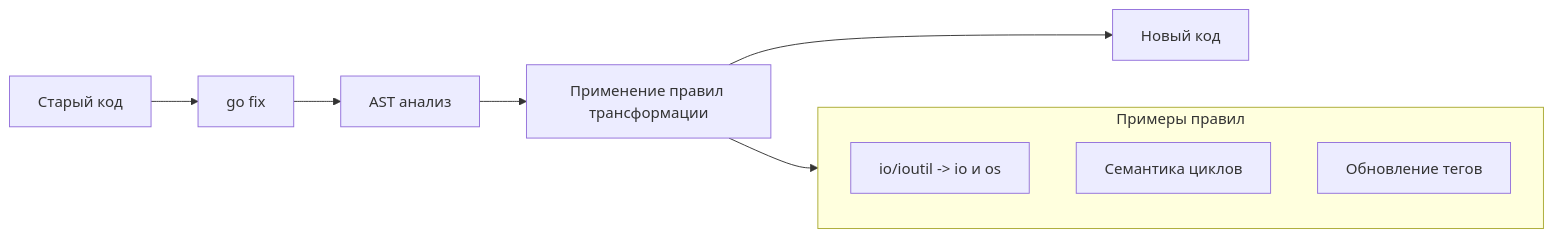
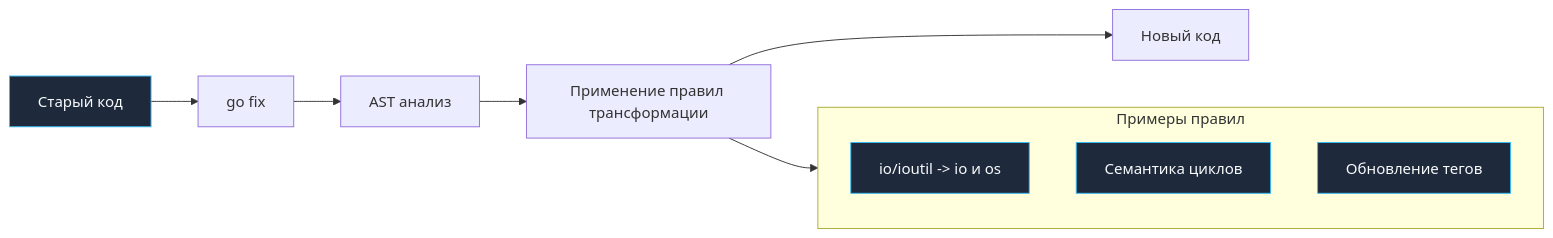
One commit to UnrealTemplier/go-textbook changed the diagram in sources/8. Инфраструктура языка, Тулинг и CI_CD/7.1. go fix. Автоматическая миграция кода.md. Above: the diagram before and after it, drawn with Mermaid. The commit also changed 1666 other files, not shown here.

First line of the commit message:
feat(mermaid): add semantic color classDef to 1369 colorless flowchart/graph diagrams

````diff
--- a/sources/8. Инфраструктура языка, Тулинг и CI_CD/7.1. go fix. Автоматическая миграция кода.md
+++ b/sources/8. Инфраструктура языка, Тулинг и CI_CD/7.1. go fix. Автоматическая миграция кода.md
@@ -15,15 +15,25 @@
 ```mermaid
 flowchart LR
-    A["Старый код"] --> B["go fix"]
+    classDef process  fill:#1e293b,stroke:#38bdf8,stroke-width:1px,color:#f8fafc
+    classDef success  fill:#064e3b,stroke:#34d399,stroke-width:1px,color:#f8fafc
+    classDef error    fill:#7f1d1d,stroke:#f87171,stroke-width:1px,color:#f8fafc
+    classDef warning  fill:#78350f,stroke:#fbbf24,stroke-width:1px,color:#f8fafc
+    classDef entry    fill:#1e3a5f,stroke:#38bdf8,stroke-width:2px,color:#f8fafc
+    classDef aux      fill:#334155,stroke:#64748b,stroke-width:1px,color:#f8fafc
+    classDef system   fill:#312e81,stroke:#a78bfa,stroke-width:1px,color:#f8fafc
+    classDef data     fill:#132d29,stroke:#2dd4bf,stroke-width:1px,color:#f8fafc
+    classDef network  fill:#881337,stroke:#fb7185,stroke-width:1px,color:#f8fafc
+    classDef accent   fill:#1e1b4b,stroke:#818cf8,stroke-width:1px,color:#f8fafc
+    A["Старый код"]:::process --> B["go fix"]
     B --> C["AST анализ"]
     C --> D["Применение правил трансформации"]
     D --> E["Новый код"]
     
     subgraph Examples ["Примеры правил"]
-        F["io/ioutil -> io и os"]
-        G["Семантика циклов"]
-        H["Обновление тегов"]
+        F["io/ioutil -> io и os"]:::process
+        G["Семантика циклов"]:::process
+        H["Обновление тегов"]:::process
     end
     
     D --> Examples
 ```
````
